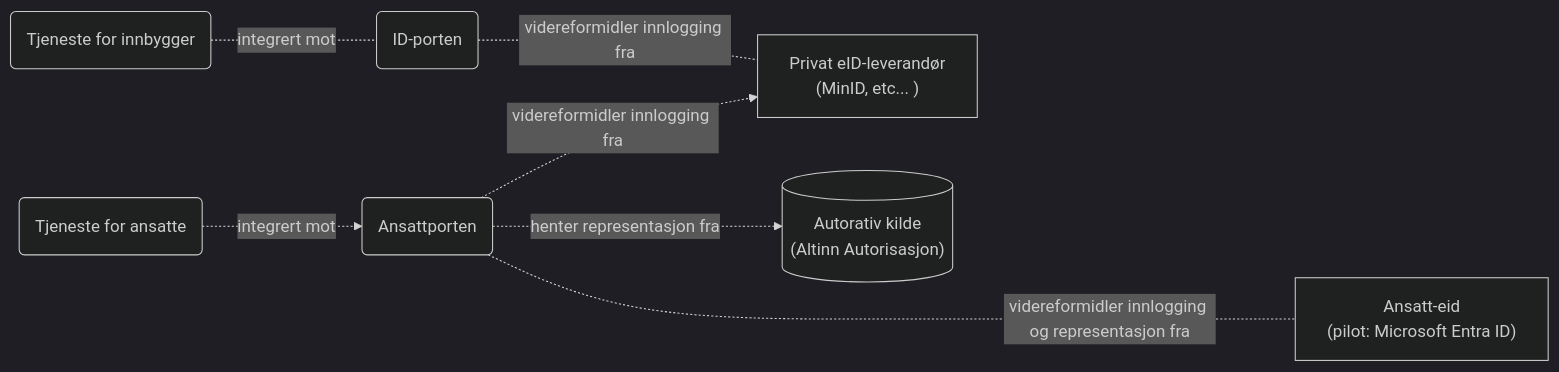
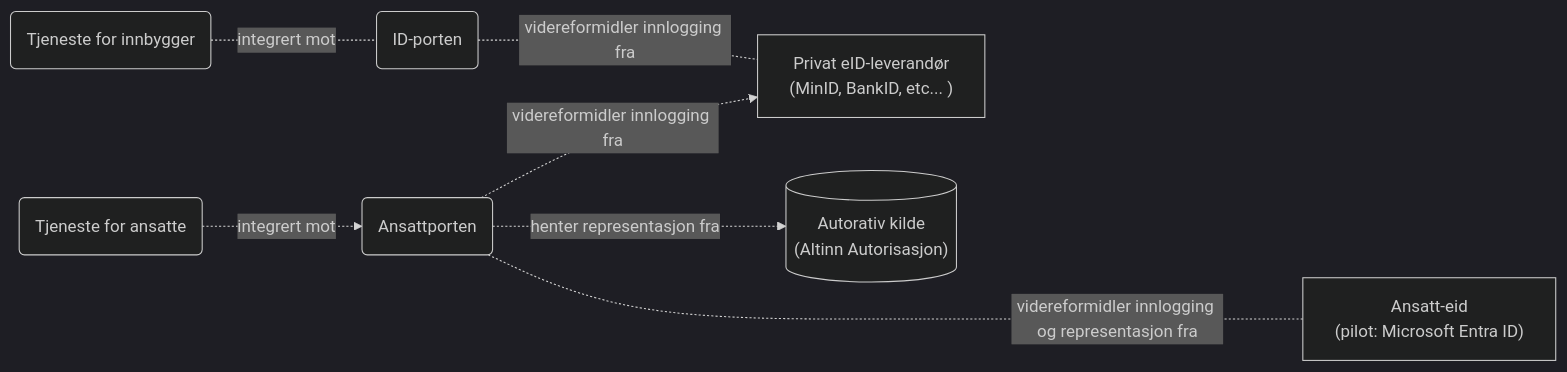
One commit to joergenb/docs changed the diagram in _docs/ansattporten/ansattporten_om.md. Above: the diagram before and after it, drawn with Mermaid (dark theme). The commit also changed other lines of this file and 3 other files, not shown here.

```diff
--- a/_docs/ansattporten/ansattporten_om.md
+++ b/_docs/ansattporten/ansattporten_om.md
@@ -13,24 +13,24 @@
 <div class="mermaid">
 graph LR
   I(ID-porten)
   A(Ansattporten)
   IRP(Tjeneste for innbygger)
   ARP(Tjeneste for ansatte)
 
   eid["Privat eID-leverandør 
-  (MinID, etc... )"]
+  (MinID, BankID, etc... )"]
   ak[("Autorativ kilde
 (Altinn Autorisasjon)")]
   aid["Ansatt-eid
 (pilot: Microsoft Entra ID)"]
 
   IRP -. integrert mot .- I 
   I -. videreformidler innlogging fra  .- eid
 
   ARP -. integrert mot .-> A
   A -. videreformidler innlogging fra .-> eid 
   A -.-> |henter representasjon fra | ak
 
   A -...- | videreformidler innlogging og representasjon fra | aid
 
 </div>
```
